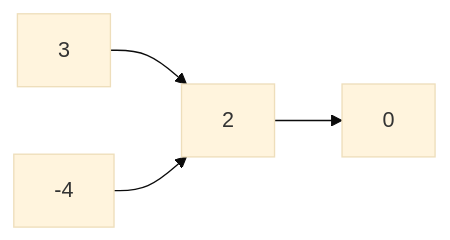
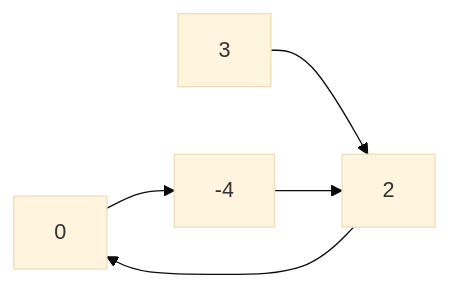
One commit to brian926/LeetCode changed the first of 2 diagrams in Linked List/141 Linked List Cycle/README.md. Above: the diagram before and after it, drawn with Mermaid (base theme).

Commit message:
Added to chart

````diff
--- a/Linked List/141 Linked List Cycle/README.md
+++ b/Linked List/141 Linked List Cycle/README.md
@@ -12,6 +12,7 @@
 ```mermaid
 flowchart LR;
     3-->2;
     2-->0;
+    0-->-4;
     -4-->2;
 ```
````
